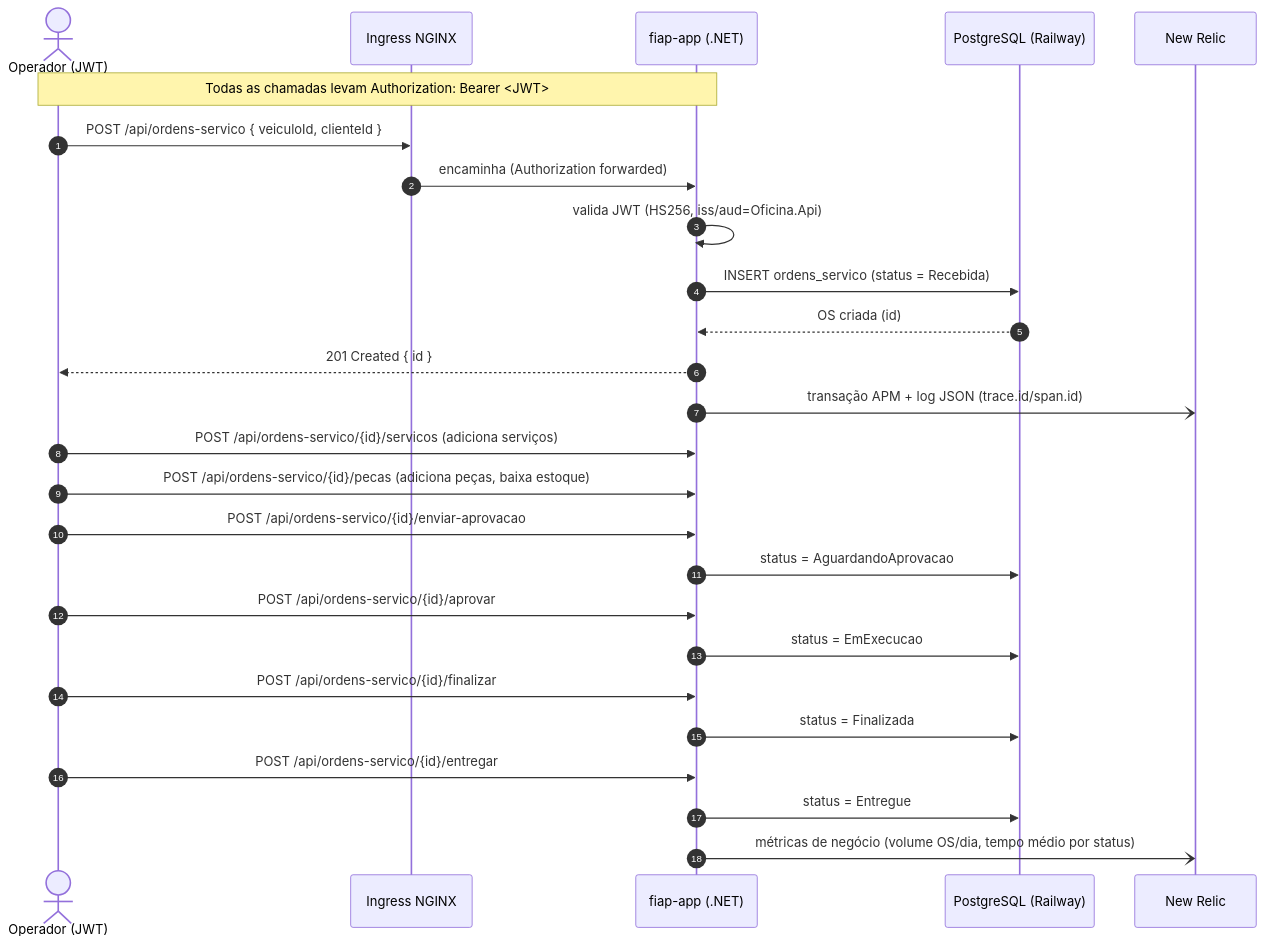
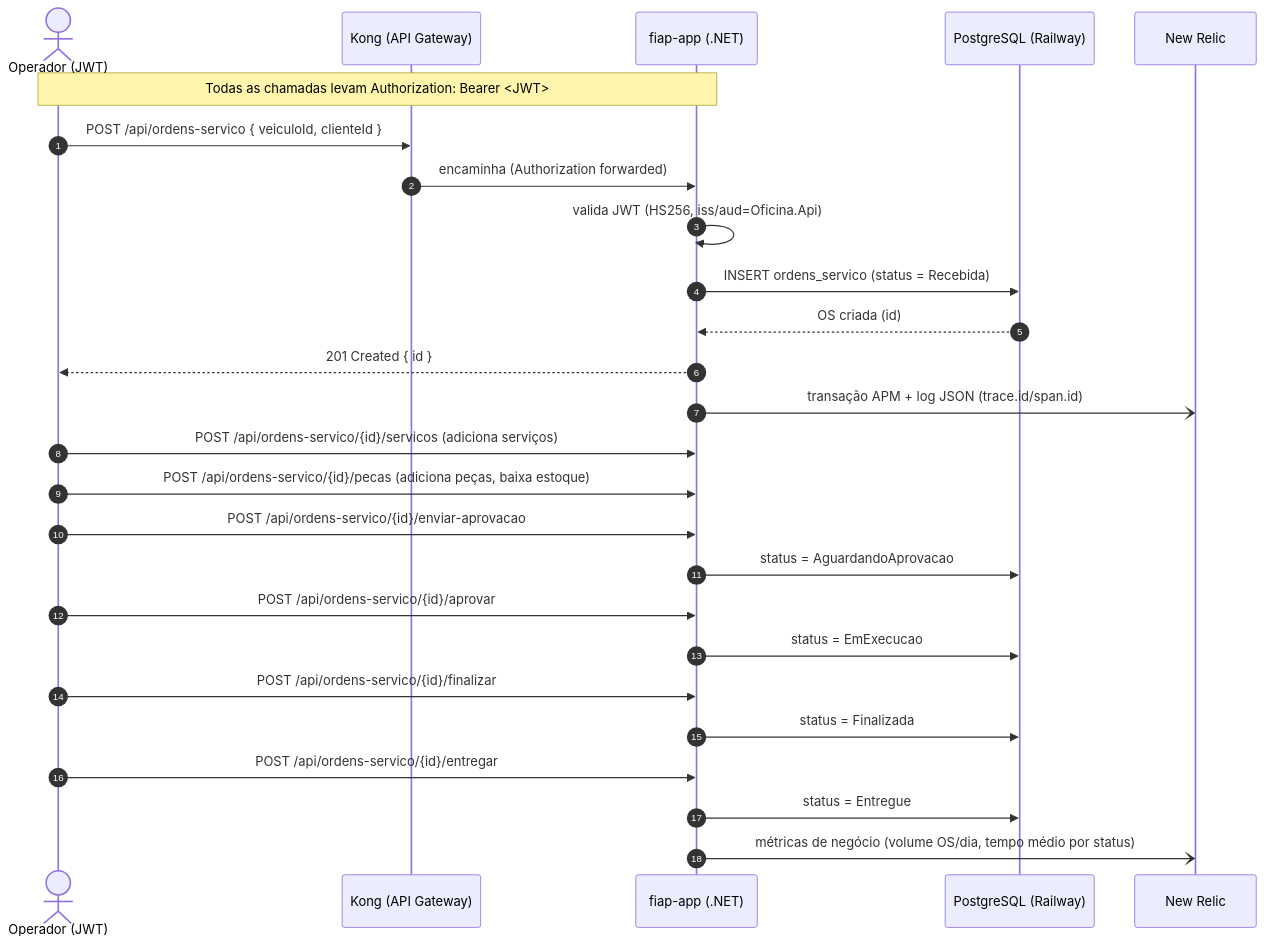
One commit to MathboyL3/fiap-app changed the third of 3 diagrams in docs/ARQUITETURA.md. Above: the diagram before and after it, drawn with Mermaid. The commit also changed other lines of this file and 6 other files, not shown here.

````diff
--- a/docs/ARQUITETURA.md
+++ b/docs/ARQUITETURA.md
@@ -154,30 +114,30 @@
 ```mermaid
 sequenceDiagram
   autonumber
   actor U as Operador (JWT)
-  participant ING as Ingress NGINX
+  participant K as Kong (API Gateway)
   participant API as fiap-app (.NET)
   participant DB as PostgreSQL (Railway)
   participant NR as New Relic
 
   Note over U,API: Todas as chamadas levam Authorization: Bearer <JWT>
-  U->>ING: POST /api/ordens-servico { veiculoId, clienteId }
-  ING->>API: encaminha (Authorization forwarded)
+  U->>K: POST /api/ordens-servico { veiculoId, clienteId }
+  K->>API: encaminha (Authorization forwarded)
   API->>API: valida JWT (HS256, iss/aud=Oficina.Api)
   API->>DB: INSERT ordens_servico (status = Recebida)
   DB-->>API: OS criada (id)
   API-->>U: 201 Created { id }
   API-)NR: transação APM + log JSON (trace.id/span.id)
 
   U->>API: POST /api/ordens-servico/{id}/servicos  (adiciona serviços)
   U->>API: POST /api/ordens-servico/{id}/pecas     (adiciona peças, baixa estoque)
   U->>API: POST /api/ordens-servico/{id}/enviar-aprovacao
   API->>DB: status = AguardandoAprovacao
   U->>API: POST /api/ordens-servico/{id}/aprovar
   API->>DB: status = EmExecucao
   U->>API: POST /api/ordens-servico/{id}/finalizar
   API->>DB: status = Finalizada
   U->>API: POST /api/ordens-servico/{id}/entregar
   API->>DB: status = Entregue
   API-)NR: métricas de negócio (volume OS/dia, tempo médio por status)
 ```
````
